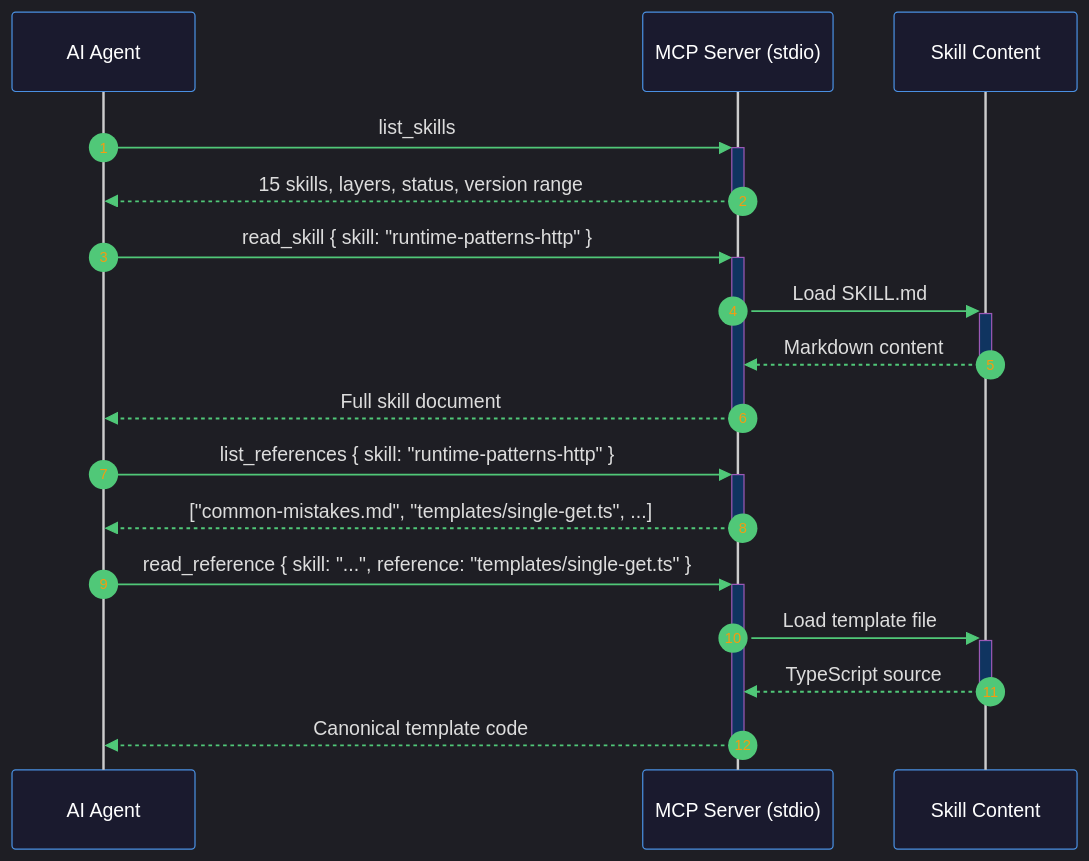
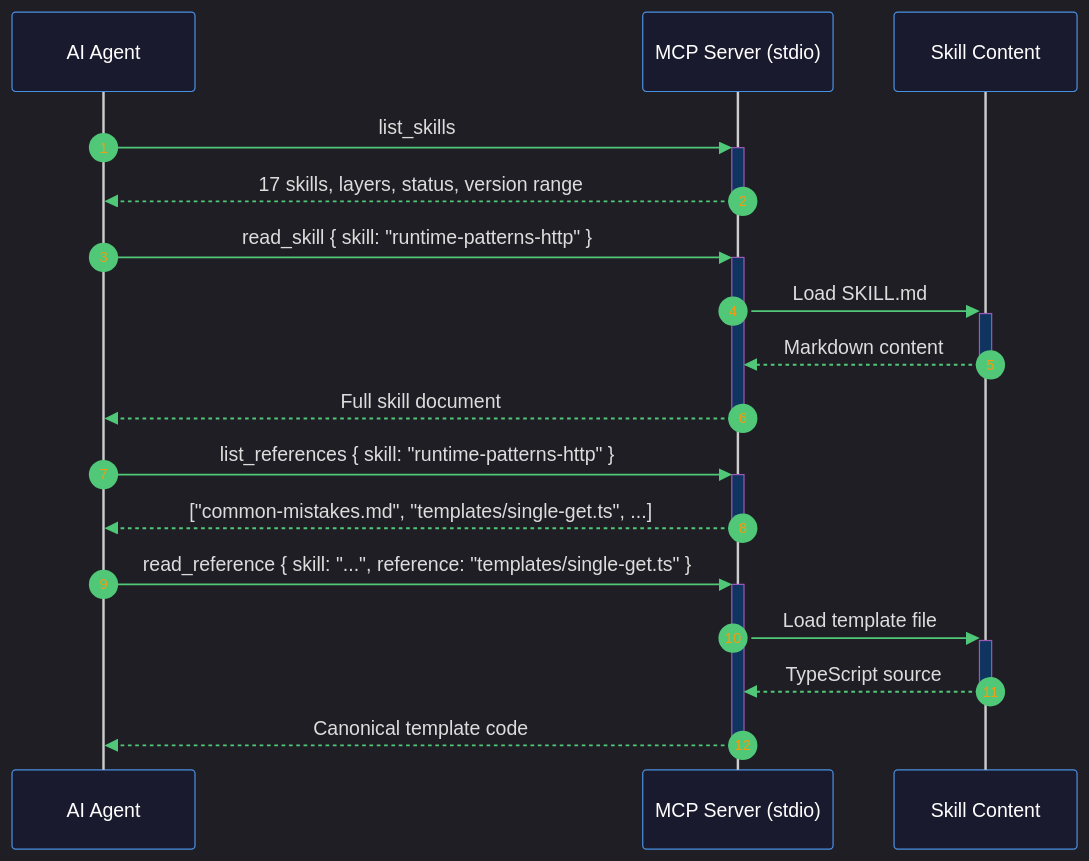
The first of 7 diagrams in README.md (stdiobus/skills), drawn with Mermaid before and after one commit. The commit also changed other lines of this file, not shown here.

First line of the commit message:
docs(skills): update skill count from 15 to 17

````diff
--- a/README.md
+++ b/README.md
@@ -93,25 +93,25 @@
 ```mermaid
 %%{init: {'theme':'dark', 'themeVariables':{'actorBkg':'#1a1a2e','actorBorder':'#4a90e2','actorTextColor':'#fff','signalColor':'#50c878','signalTextColor':'#ddd','noteBkgColor':'#16213e','noteTextColor':'#fff','noteBorderColor':'#e67e22','activationBkgColor':'#0f3460','activationBorderColor':'#9b59b6','sequenceNumberColor':'#f39c12'}}}%%
 sequenceDiagram
     autonumber
 
     participant A as AI Agent
     participant S as MCP Server (stdio)
     participant D as Skill Content
 
     A->>+S: list_skills
-    S-->>-A: 15 skills, layers, status, version range
+    S-->>-A: 17 skills, layers, status, version range
 
     A->>+S: read_skill { skill: "runtime-patterns-http" }
     S->>+D: Load SKILL.md
     D-->>-S: Markdown content
     S-->>-A: Full skill document
 
     A->>+S: list_references { skill: "runtime-patterns-http" }
     S-->>-A: ["common-mistakes.md", "templates/single-get.ts", ...]
 
     A->>+S: read_reference { skill: "...", reference: "templates/single-get.ts" }
     S->>+D: Load template file
     D-->>-S: TypeScript source
     S-->>-A: Canonical template code
 ```
````
